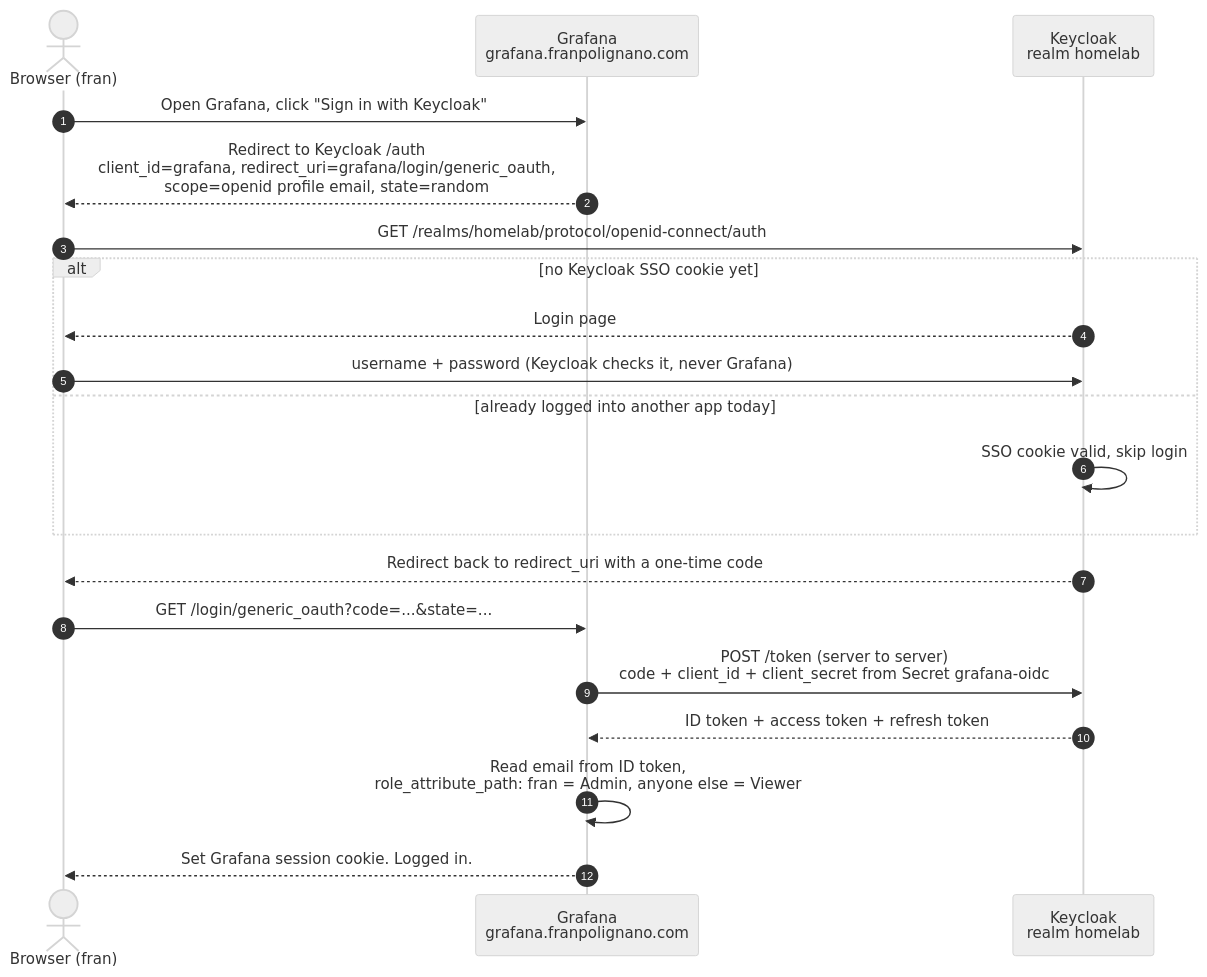
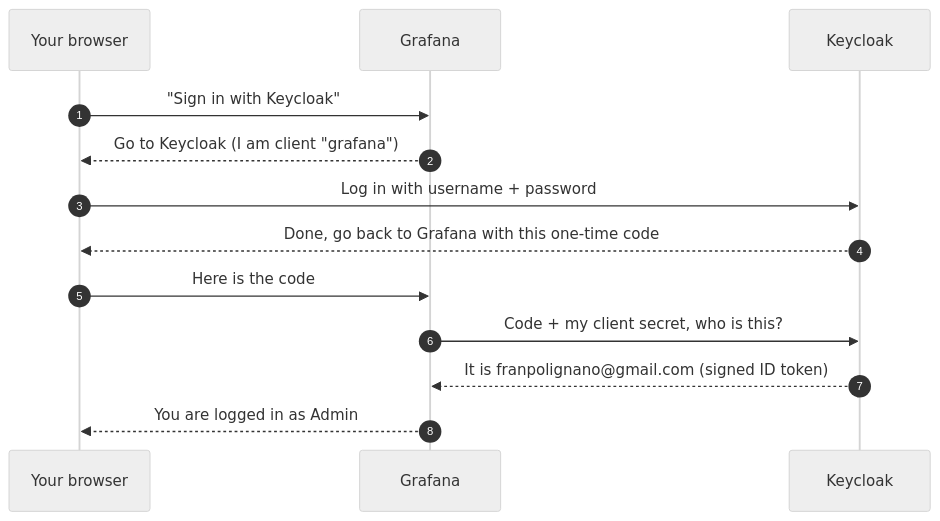
The diagram in gitops/workloads/keycloak/README.md (franchyze923/frans-homelab), drawn with Mermaid (neutral theme) before and after one commit. The commit also changed other lines of this file and 1 other file, not shown here.

Commit message:
docs(keycloak): simpler 8-step auth-flow diagram; link from root README

````diff
--- a/gitops/workloads/keycloak/README.md
+++ b/gitops/workloads/keycloak/README.md
@@ -37,23 +40,16 @@
 ```mermaid
 sequenceDiagram
     autonumber
-    actor You as Browser (fran)
-    participant G as Grafana<br/>grafana.franpolignano.com
-    participant K as Keycloak<br/>realm homelab
+    participant B as Your browser
+    participant G as Grafana
+    participant K as Keycloak
 
-    You->>G: Open Grafana, click "Sign in with Keycloak"
-    G-->>You: Redirect to Keycloak /auth<br/>client_id=grafana, redirect_uri=grafana/login/generic_oauth,<br/>scope=openid profile email, state=random
-    You->>K: GET /realms/homelab/protocol/openid-connect/auth
-    alt no Keycloak SSO cookie yet
-        K-->>You: Login page
-        You->>K: username + password (Keycloak checks it, never Grafana)
-    else already logged into another app today
-        K->>K: SSO cookie valid, skip login
-    end
-    K-->>You: Redirect back to redirect_uri with a one-time code
-    You->>G: GET /login/generic_oauth?code=...&state=...
-    G->>K: POST /token (server to server)<br/>code + client_id + client_secret from Secret grafana-oidc
-    K-->>G: ID token + access token + refresh token
-    G->>G: Read email from ID token,<br/>role_attribute_path: fran = Admin, anyone else = Viewer
-    G-->>You: Set Grafana session cookie. Logged in.
+    B->>G: "Sign in with Keycloak"
+    G-->>B: Go to Keycloak (I am client "grafana")
+    B->>K: Log in with username + password
+    K-->>B: Done, go back to Grafana with this one-time code
+    B->>G: Here is the code
+    G->>K: Code + my client secret, who is this?
+    K-->>G: It is franpolignano@gmail.com (signed ID token)
+    G-->>B: You are logged in as Admin
 ```
````
